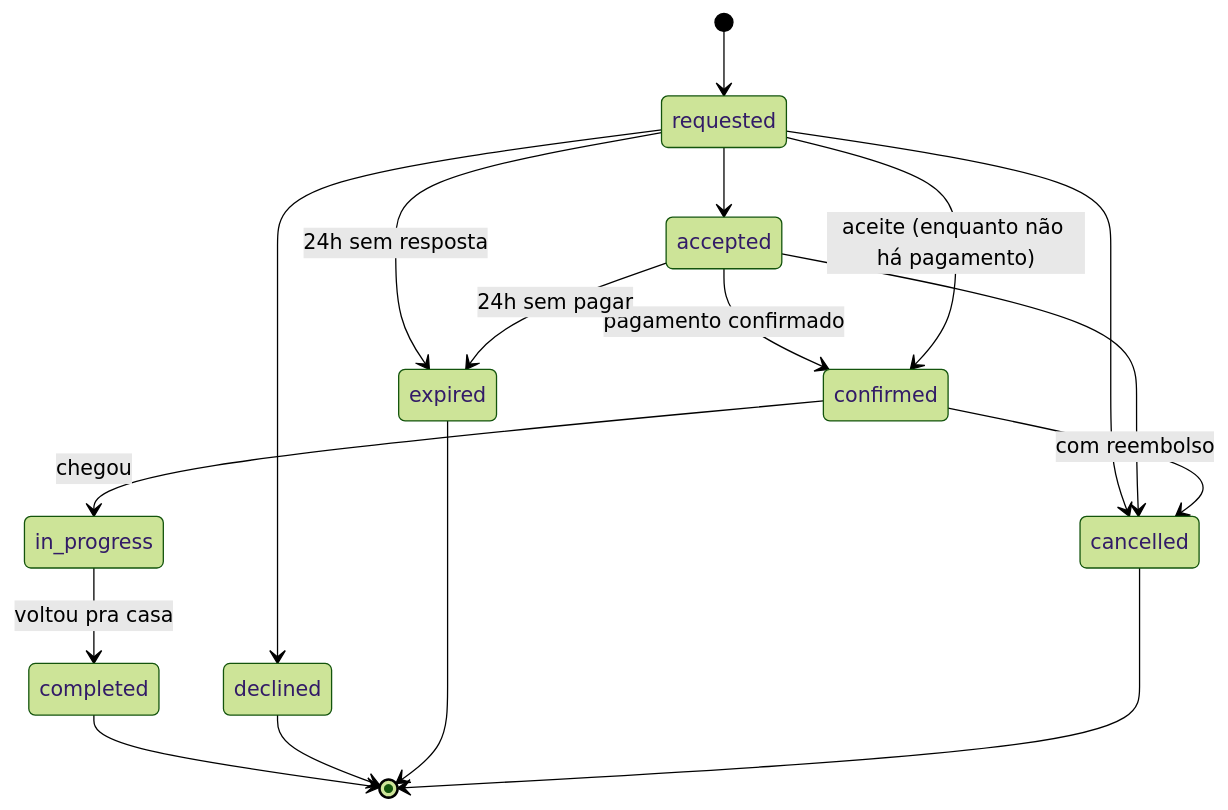
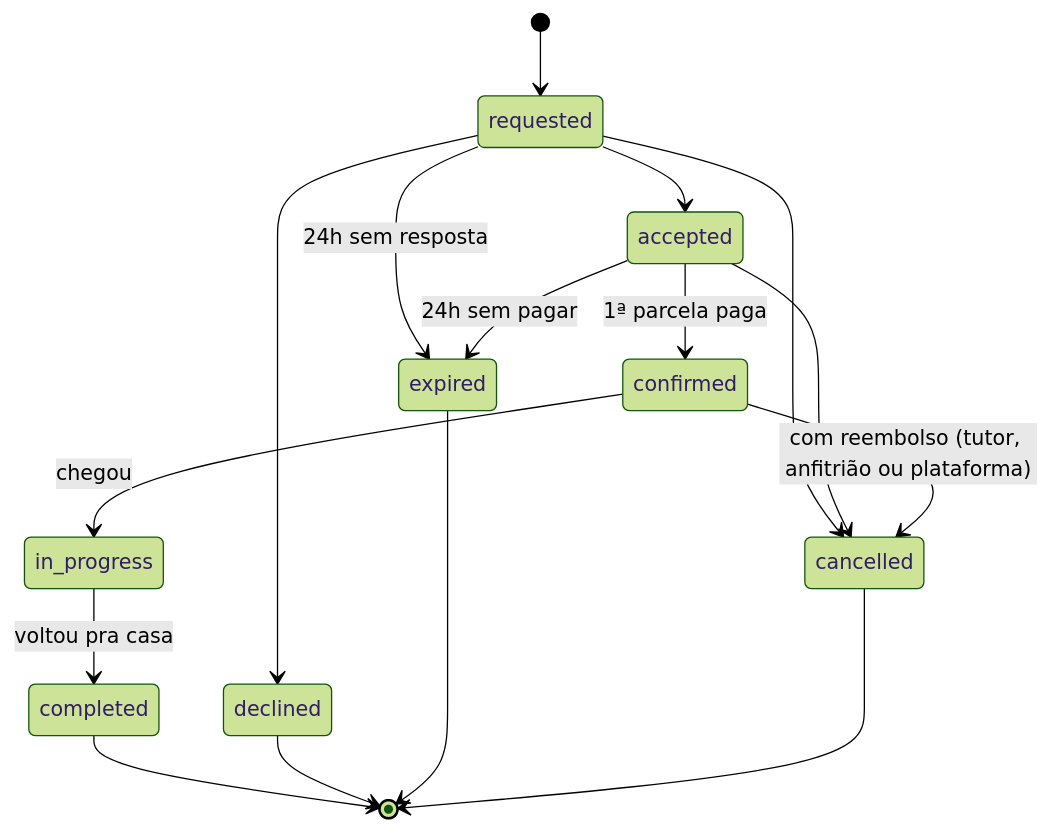
Before and after one commit to Olival42/pethost_backend: the second of 2 diagrams in docs/dicionario-de-dados.md, drawn with Mermaid (forest theme). The commit also changed other lines of this file and 163 other files, not shown here.

First line of the commit message:
feat: add Payments module integration tests and architecture tests

````diff
--- a/docs/dicionario-de-dados.md
+++ b/docs/dicionario-de-dados.md
@@ -878,19 +938,18 @@
 ```mermaid
 stateDiagram-v2
     [*] --> requested
     requested --> accepted
     requested --> declined
     requested --> expired: 24h sem resposta
-    accepted --> confirmed: pagamento confirmado
-    requested --> confirmed: aceite (enquanto não há pagamento)
+    accepted --> confirmed: 1ª parcela paga
     accepted --> expired: 24h sem pagar
     requested --> cancelled
     accepted --> cancelled
-    confirmed --> cancelled: com reembolso
+    confirmed --> cancelled: com reembolso (tutor, anfitrião ou plataforma)
     confirmed --> in_progress: chegou
     in_progress --> completed: voltou pra casa
     completed --> [*]
     declined --> [*]
     expired --> [*]
     cancelled --> [*]
 ```
````
